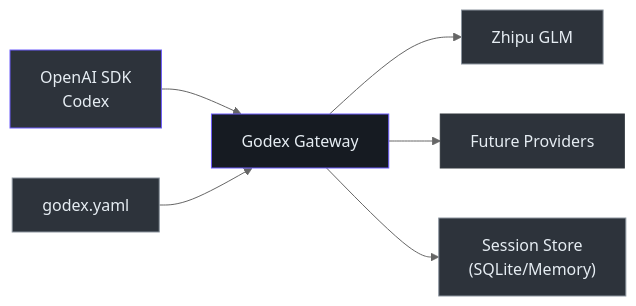
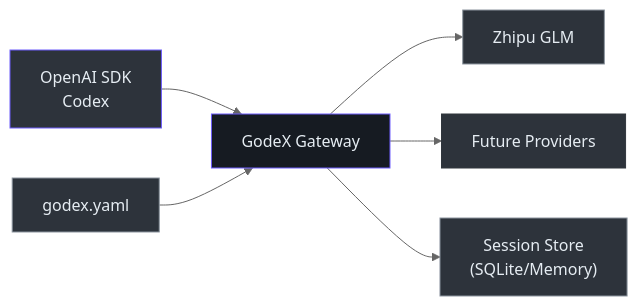
Before and after one commit to zamelee/GodeX: the first of 2 diagrams in wiki/onboarding/executive-guide.md, drawn with Mermaid (neutral theme). The commit also changed other lines of this file and 96 other files, not shown here.

First line of the commit message:
refactor: Rename project from Godex to GodeX (#44)

````diff
--- a/wiki/onboarding/executive-guide.md
+++ b/wiki/onboarding/executive-guide.md
@@ -29,15 +29,15 @@
 ```mermaid
 graph LR
-    CLIENT["OpenAI SDK<br>Codex"] --> GODEX["Godex Gateway"]
+    CLIENT["OpenAI SDK<br>Codex"] --> GODEX["GodeX Gateway"]
     GODEX --> ZHIPU["Zhipu GLM"]
     GODEX --> FUTURE["Future Providers"]
     GODEX --> SESSION["Session Store<br>(SQLite/Memory)"]
     CONFIG["godex.yaml"] --> GODEX
 
     style CLIENT fill:#2d333b,stroke:#6d5dfc,color:#e6edf3
     style GODEX fill:#161b22,stroke:#6d5dfc,color:#e6edf3
     style ZHIPU fill:#2d333b,stroke:#8b949e,color:#e6edf3
     style FUTURE fill:#2d333b,stroke:#30363d,color:#e6edf3
     style SESSION fill:#2d333b,stroke:#8b949e,color:#e6edf3
     style CONFIG fill:#2d333b,stroke:#8b949e,color:#e6edf3
 ```
````
